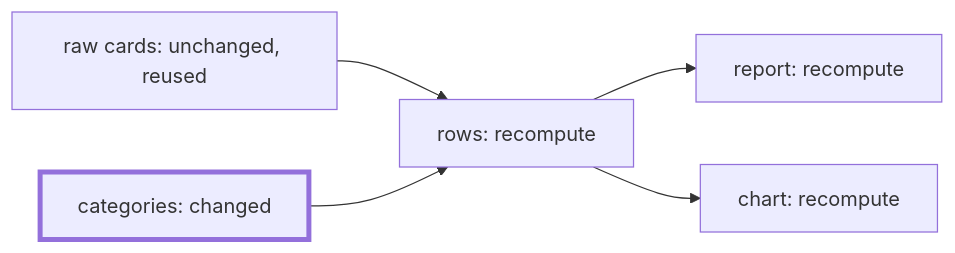
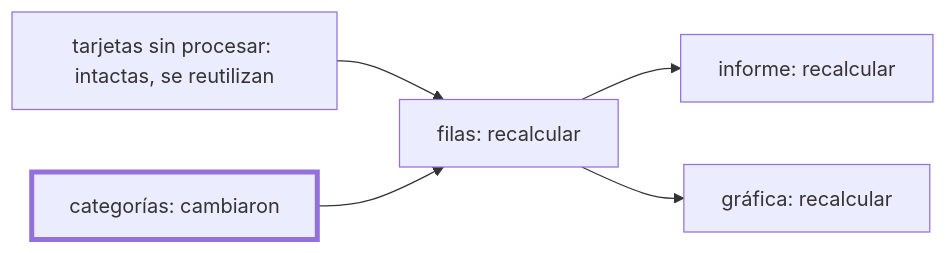
Before and after one commit to dullroar/aprende-a-programar-como-un-bicho-raro: the diagram in lessons/cs-source/concepts/dependency-graph.md, drawn with Mermaid. The commit also changed other lines of this file and 47 other files, not shown here.

````diff
--- a/lessons/cs-source/concepts/dependency-graph.md
+++ b/lessons/cs-source/concepts/dependency-graph.md
@@ -8,11 +8,11 @@
 ```mermaid
 flowchart LR
-    accTitle: A dependency graph captures what must be recomputed when an input changes
-    accDescr: A graph in which each arrow runs from an input to the thing built from it. Raw cards and categories both feed rows. Rows feeds report and chart. The categories node has changed, and it is drawn with a thick border. Everything downstream of categories must be recomputed, which is rows, report and chart. Raw cards is not downstream of the change, so its old value is reused.
-    raw["raw cards: unchanged, reused"] --> rows["rows: recompute"]
-    cat["categories: changed"] --> rows
-    rows --> rep["report: recompute"]
-    rows --> chart["chart: recompute"]
+    accTitle: Un grafo de dependencias indica qué se debe recalcular cuando cambia una entrada de datos
+    accDescr: Cada flecha de este grafo va de una entrada de datos al elemento que se construye a partir de ella. Tanto las tarjetas sin procesar como las categorías alimentan las filas. Las filas alimentan el informe y la gráfica. El nodo de categorías cambió y tiene un borde grueso. Hay que recalcular todo lo que depende de categorías: filas, informe y gráfica. Las tarjetas sin procesar no dependen del cambio, así que se reutiliza su valor anterior.
+    raw["tarjetas sin procesar: intactas, se reutilizan"] --> rows["filas: recalcular"]
+    cat["categorías: cambiaron"] --> rows
+    rows --> rep["informe: recalcular"]
+    rows --> chart["gráfica: recalcular"]
     classDef changed stroke-width: 4px
     class cat changed
 ```
````
